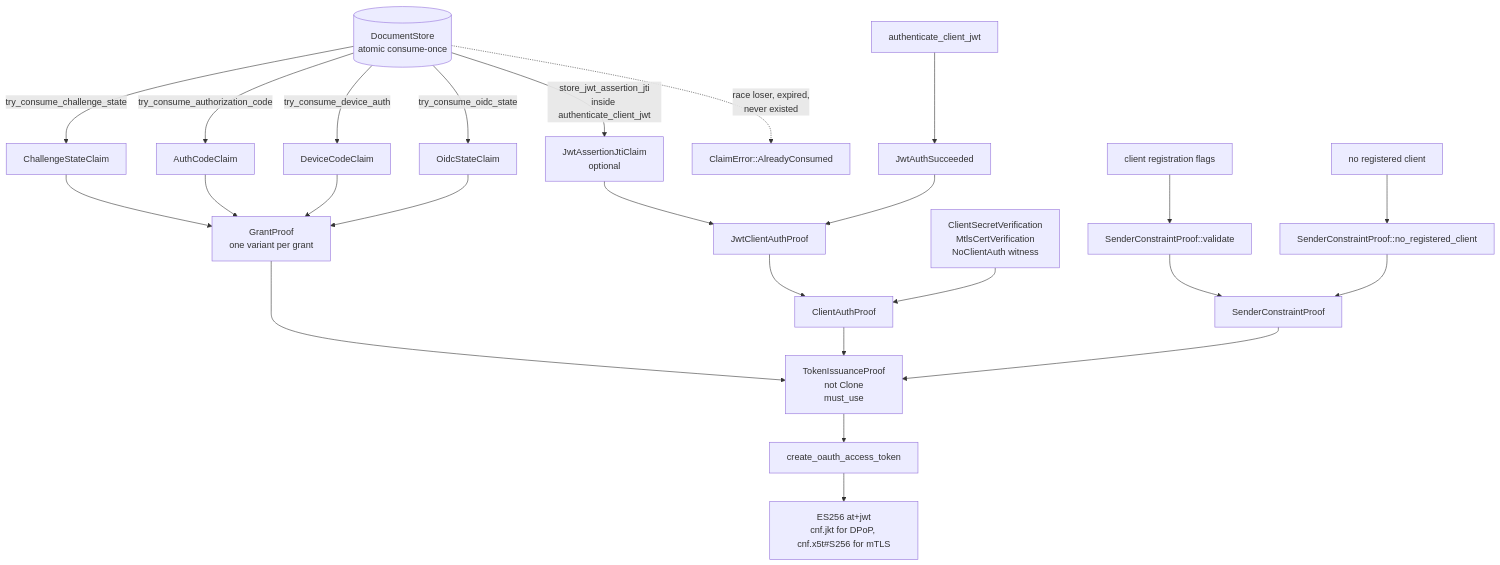
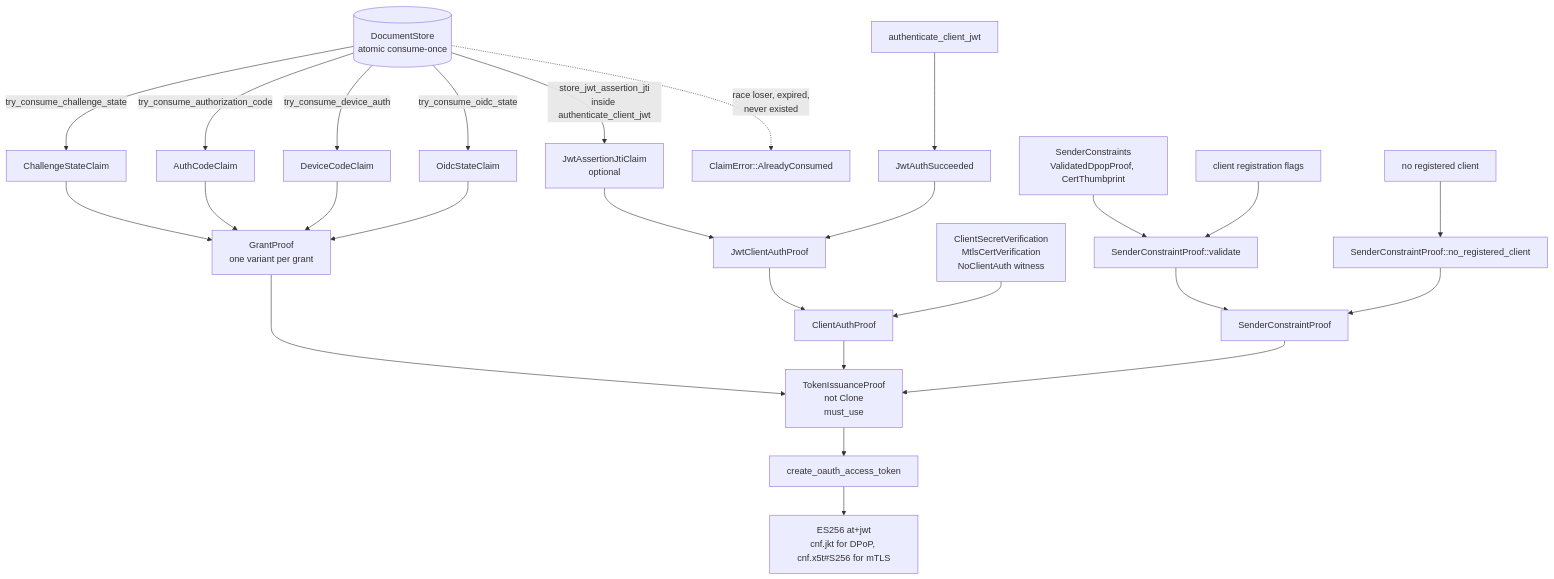
Before and after one commit to vouch-sh/vouch: the fourth of 8 diagrams in crates/vouch-server/ARCHITECTURE.md, drawn with Mermaid. The commit also changed other lines of this file, not shown here.

First line of the commit message:
docs(server): add the accept loop and binding checks to ARCHITECTURE.md (#1616)

````diff
--- a/crates/vouch-server/ARCHITECTURE.md
+++ b/crates/vouch-server/ARCHITECTURE.md
@@ -138,22 +199,23 @@
 ```mermaid
 flowchart TB
   store[("DocumentStore<br/>atomic consume-once")]
   store -- "try_consume_challenge_state" --> w1["ChallengeStateClaim"]
   store -- "try_consume_authorization_code" --> w2["AuthCodeClaim"]
   store -- "try_consume_device_auth" --> w3["DeviceCodeClaim"]
   store -- "try_consume_oidc_state" --> w4["OidcStateClaim"]
   store -- "store_jwt_assertion_jti<br/>inside authenticate_client_jwt" --> w5["JwtAssertionJtiClaim<br/>optional"]
   store -. "race loser, expired,<br/>never existed" .-> ce["ClaimError::AlreadyConsumed"]
   w1 & w2 & w3 & w4 --> gp["GrantProof<br/>one variant per grant"]
   jwta["authenticate_client_jwt"] --> jas["JwtAuthSucceeded"] --> jw["JwtClientAuthProof"]
   w5 --> jw
   jw --> cap["ClientAuthProof"]
   sec["ClientSecretVerification<br/>MtlsCertVerification<br/>NoClientAuth witness"] --> cap
-  reg["client registration flags"] --> scv["SenderConstraintProof::validate"] --> scp["SenderConstraintProof"]
+  pres["SenderConstraints<br/>ValidatedDpopProof, CertThumbprint"] --> scv["SenderConstraintProof::validate"]
+  reg["client registration flags"] --> scv --> scp["SenderConstraintProof"]
   nrc["no registered client"] --> scn["SenderConstraintProof::no_registered_client"] --> scp
   gp --> tip["TokenIssuanceProof<br/>not Clone<br/>must_use"]
   cap --> tip
   scp --> tip
   tip --> mint["create_oauth_access_token"]
   mint --> at["ES256 at+jwt<br/>cnf.jkt for DPoP, cnf.x5t#S256 for mTLS"]
 ```
````
